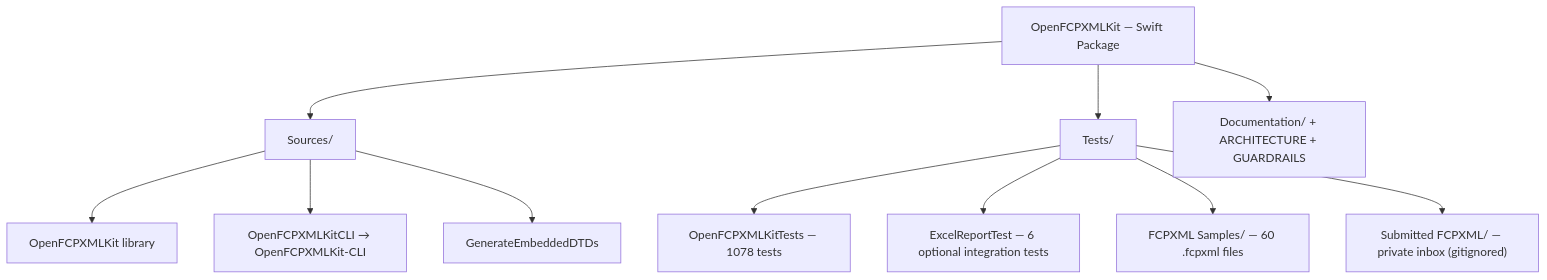
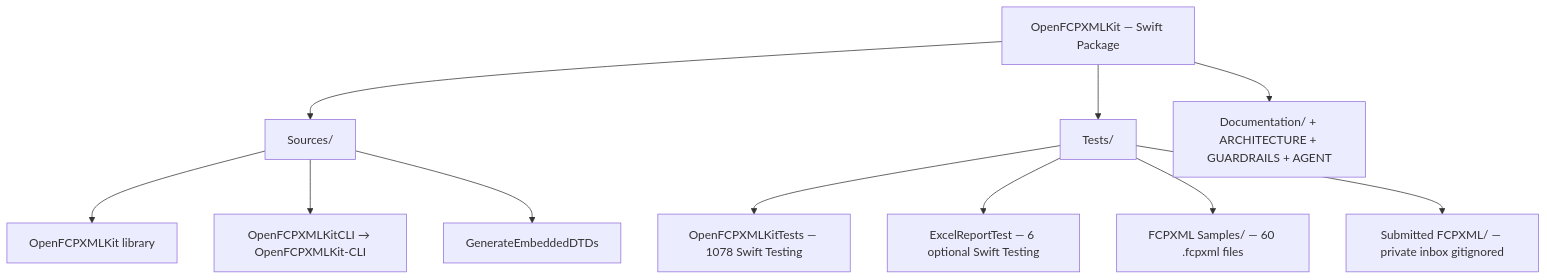
One commit to TheAcharya/OpenFCPXMLKit changed the first of 5 diagrams in ARCHITECTURE.md. Above: the diagram before and after it, drawn with Mermaid. The commit also changed other lines of this file and 141 other files, not shown here.

Commit message:
Swift Testing migration and Manual reorder.

````diff
--- a/ARCHITECTURE.md
+++ b/ARCHITECTURE.md
@@ -173,17 +173,17 @@
 ```mermaid
 flowchart TB
     Pkg["OpenFCPXMLKit — Swift Package"]
 
     Pkg --> SRC["Sources/"]
     Pkg --> TST["Tests/"]
-    Pkg --> DOC["Documentation/ + ARCHITECTURE + GUARDRAILS"]
+    Pkg --> DOC["Documentation/ + ARCHITECTURE + GUARDRAILS + AGENT"]
 
     SRC --> LIB["OpenFCPXMLKit library"]
     SRC --> CLI["OpenFCPXMLKitCLI → OpenFCPXMLKit-CLI"]
     SRC --> GEN["GenerateEmbeddedDTDs"]
 
-    TST --> OKT["OpenFCPXMLKitTests — 1078 tests"]
-    TST --> ERT["ExcelReportTest — 6 optional integration tests"]
+    TST --> OKT["OpenFCPXMLKitTests — 1078 Swift Testing"]
+    TST --> ERT["ExcelReportTest — 6 optional Swift Testing"]
     TST --> SMP["FCPXML Samples/ — 60 .fcpxml files"]
-    TST --> SUB["Submitted FCPXML/ — private inbox (gitignored)"]
+    TST --> SUB["Submitted FCPXML/ — private inbox gitignored"]
 ```
````
